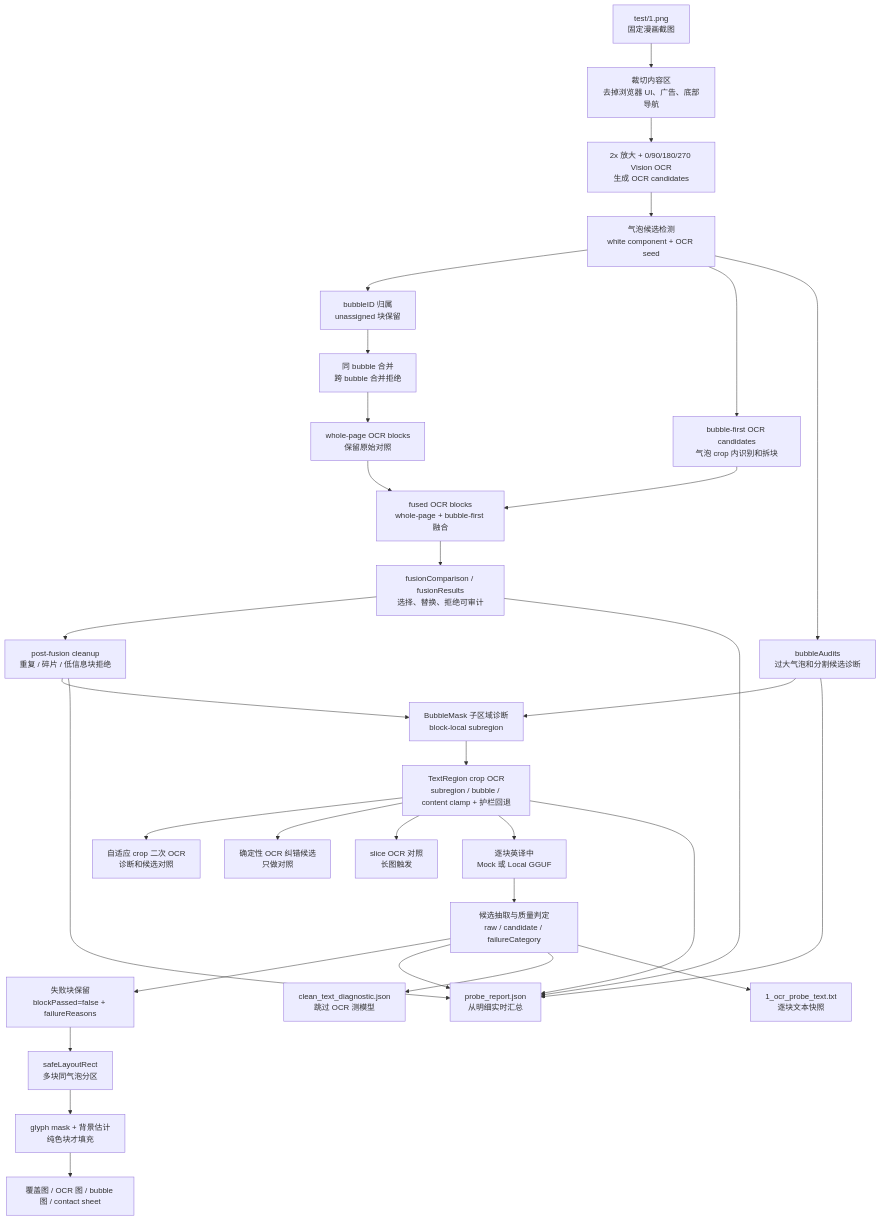
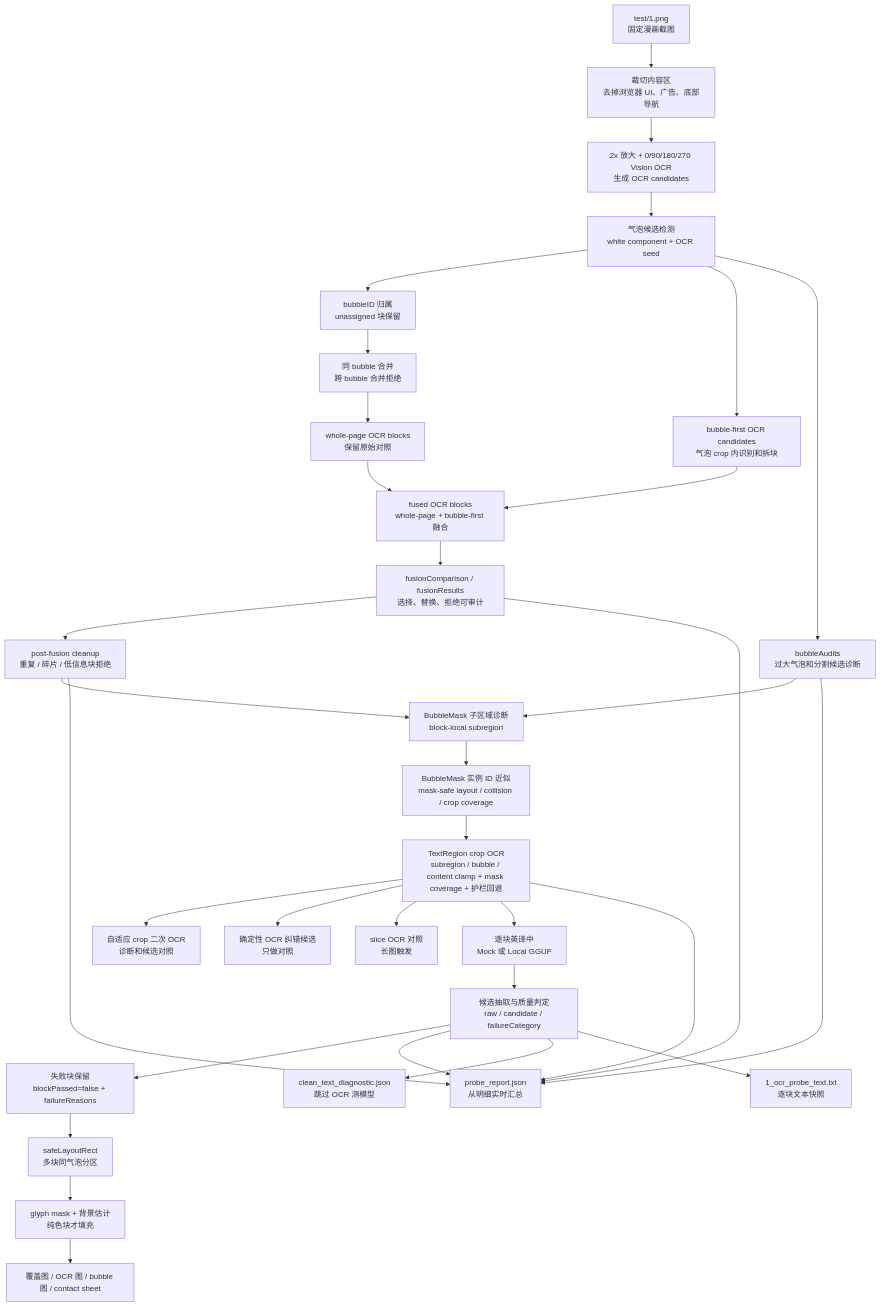
One commit to bengzhu/project1_lgbt_naxida changed the second of 3 diagrams in md/flow/flowchart.md. Above: the diagram before and after it, drawn with Mermaid. The commit also changed 11 other files, not shown here.

````diff
--- a/md/flow/flowchart.md
+++ b/md/flow/flowchart.md
@@ -48,43 +48,44 @@
 ```mermaid
 flowchart TD
   %% 输入：固定 bundle 素材
   A["test/1.png<br/>固定漫画截图"] --> B["裁切内容区<br/>去掉浏览器 UI、广告、底部导航"]
 
   %% OCR：整页与气泡候选
   B --> C["2x 放大 + 0/90/180/270 Vision OCR<br/>生成 OCR candidates"]
   C --> D["气泡候选检测<br/>white component + OCR seed"]
   D --> E["bubbleID 归属<br/>unassigned 块保留"]
   E --> F["同 bubble 合并<br/>跨 bubble 合并拒绝"]
   F --> W["whole-page OCR blocks<br/>保留原始对照"]
   D --> J["bubble-first OCR candidates<br/>气泡 crop 内识别和拆块"]
   W --> G["fused OCR blocks<br/>whole-page + bubble-first 融合"]
   J --> G
   G --> X["fusionComparison / fusionResults<br/>选择、替换、拒绝可审计"]
   X --> Y["post-fusion cleanup<br/>重复 / 碎片 / 低信息块拒绝"]
   Y --> U["BubbleMask 子区域诊断<br/>block-local subregion"]
-  U --> V["TextRegion crop OCR<br/>subregion / bubble / content clamp + 护栏回退"]
+  U --> BM["BubbleMask 实例 ID 近似<br/>mask-safe layout / collision / crop coverage"]
+  BM --> V["TextRegion crop OCR<br/>subregion / bubble / content clamp + mask coverage + 护栏回退"]
   D --> Z["bubbleAudits<br/>过大气泡和分割候选诊断"]
   Z --> U
 
   %% 诊断旁路：不替代主流程
   V --> H["自适应 crop 二次 OCR<br/>诊断和候选对照"]
   V --> I["确定性 OCR 纠错候选<br/>只做对照"]
   V --> K["slice OCR 对照<br/>长图触发"]
 
   %% 翻译：逐块主路径
   V --> L["逐块英译中<br/>Mock 或 Local GGUF"]
   L --> M["候选抽取与质量判定<br/>raw / candidate / failureCategory"]
   M --> N["失败块保留<br/>blockPassed=false + failureReasons"]
 
   %% 报告和渲染
   N --> O["safeLayoutRect<br/>多块同气泡分区"]
   O --> P["glyph mask + 背景估计<br/>纯色块才填充"]
   P --> Q["覆盖图 / OCR 图 / bubble 图 / contact sheet"]
   M --> R["probe_report.json<br/>从明细实时汇总"]
   X --> R
   Y --> R
   V --> R
   Z --> R
   M --> S["clean_text_diagnostic.json<br/>跳过 OCR 测模型"]
   M --> T["1_ocr_probe_text.txt<br/>逐块文本快照"]
 ```
````
